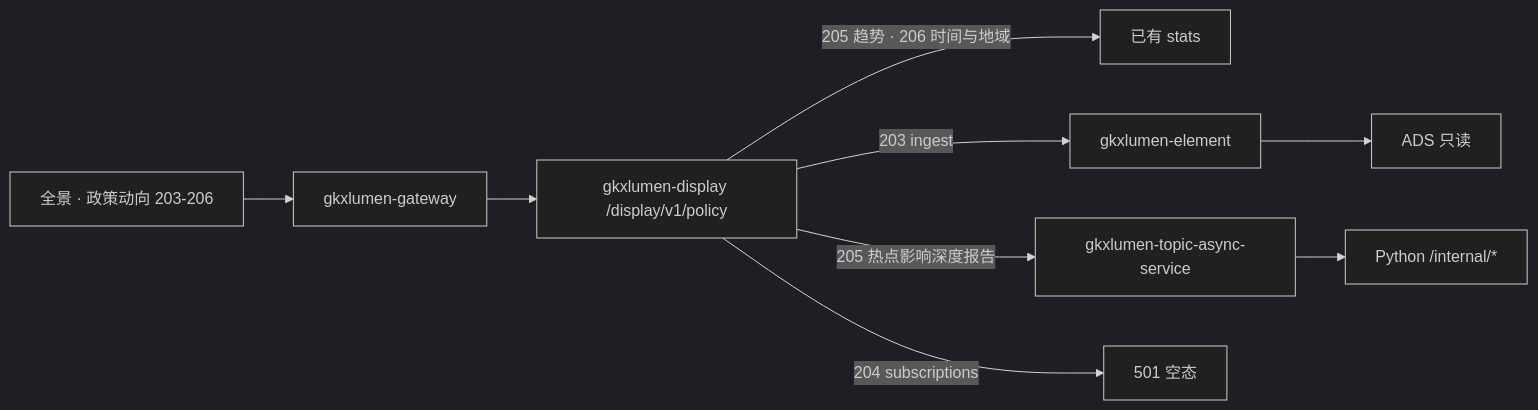
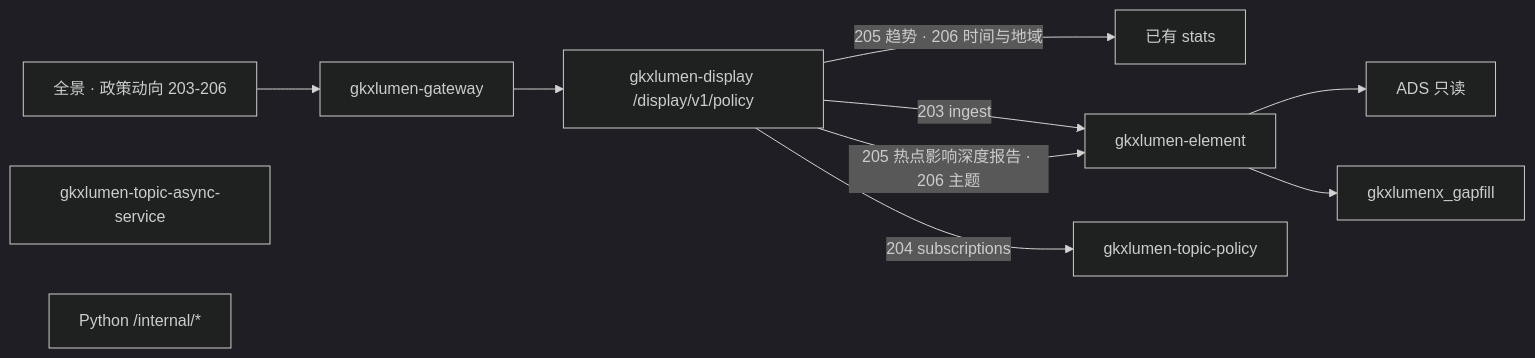
The first of 2 diagrams in agent-delivery/agent-handoffs/科技政策跟踪-POL/sdd/l2/POL-L2-DS10-TREND-ARCH.md (Marisolebxf/-), drawn with Mermaid (dark theme) before and after one commit. The commit also changed other lines of this file and 3 other files, not shown here.

First line of the commit message:
docs(policy): 签收只认读表实现 [agent:architect-agent]

````diff
--- a/agent-delivery/agent-handoffs/科技政策跟踪-POL/sdd/l2/POL-L2-DS10-TREND-ARCH.md
+++ b/agent-delivery/agent-handoffs/科技政策跟踪-POL/sdd/l2/POL-L2-DS10-TREND-ARCH.md
@@ -42,17 +42,17 @@
 ```mermaid
 flowchart LR
   fe["全景 · 政策动向 203-206"]
   gw["gkxlumen-gateway"]
   bff["gkxlumen-display /display/v1/policy"]
   stats["已有 stats"]
   el["gkxlumen-element"]
   ads["ADS 只读"]
   async["gkxlumen-topic-async-service"]
   py["Python /internal/*"]
-  empty["501 空态"]
+  gap["gkxlumenx_gapfill"]
   fe --> gw --> bff
   bff -->|"205 趋势 · 206 时间与地域"| stats
   bff -->|"203 ingest"| el --> ads
-  bff -->|"205 热点影响深度报告"| async --> py
-  bff -->|"204 subscriptions"| empty
+  bff -->|"205 热点影响深度报告 · 206 主题"| el --> gap
+  bff -->|"204 subscriptions"| tp["gkxlumen-topic-policy"]
 ```
````
